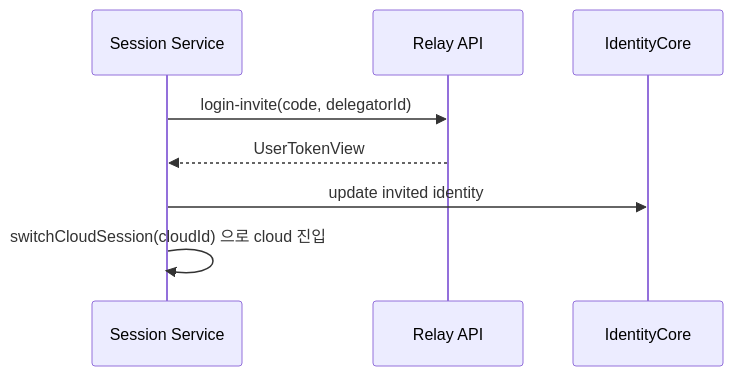
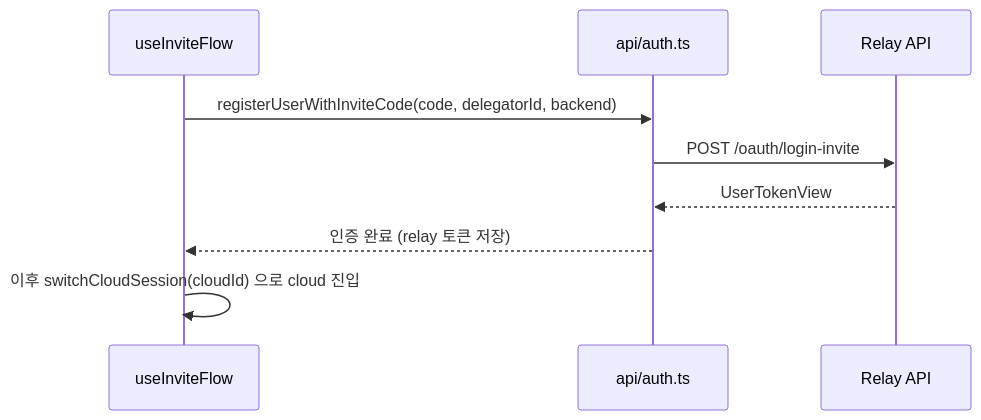
One commit to lemoncloud-io/dou-app changed the sixth of 14 diagrams in libs/web-core/docs/session/session-scenarios.md. Above: the diagram before and after it, drawn with Mermaid. The commit also changed other lines of this file and 19 other files, not shown here.

````diff
--- a/libs/web-core/docs/session/session-scenarios.md
+++ b/libs/web-core/docs/session/session-scenarios.md
@@ -477,10 +458,11 @@
 ```mermaid
 sequenceDiagram
-  participant S as Session Service
+  participant F as useInviteFlow
+  participant API as api/auth.ts
   participant R as Relay API
-  participant IC as IdentityCore
-  S->>R: login-invite(code, delegatorId)
-  R-->>S: UserTokenView
-  S->>IC: update invited identity
-  S->>S: switchCloudSession(cloudId) 으로 cloud 진입
+  F->>API: registerUserWithInviteCode(code, delegatorId, backend)
+  API->>R: POST /oauth/login-invite
+  R-->>API: UserTokenView
+  API-->>F: 인증 완료 (relay 토큰 저장)
+  F->>F: 이후 switchCloudSession(cloudId) 으로 cloud 진입
 ```
````
